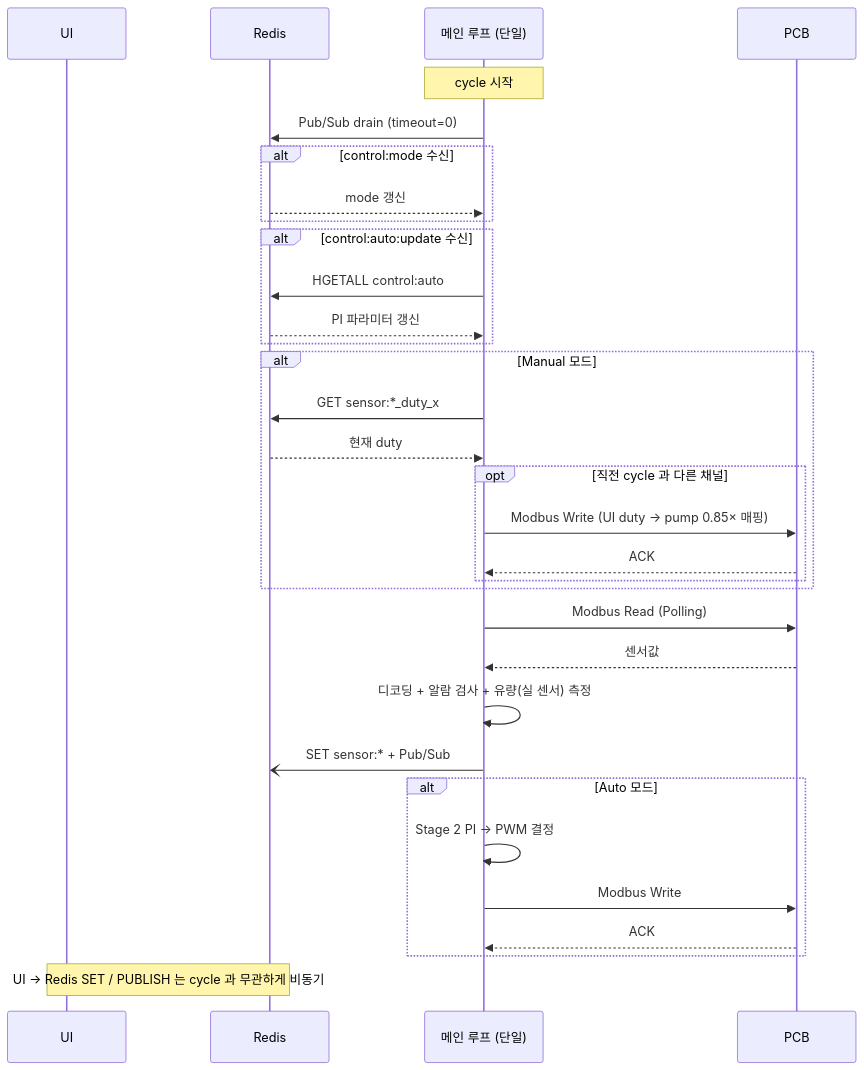
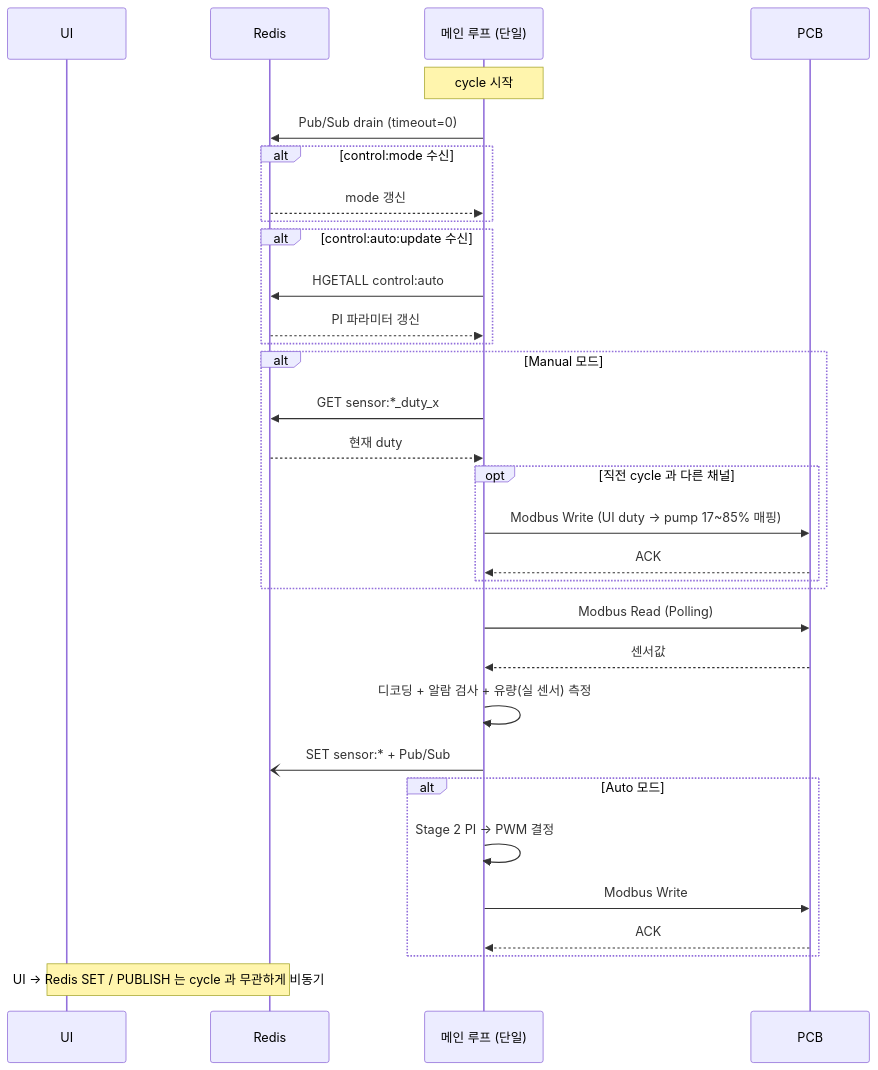
One commit to DEEPGadget/L2A_CDU_system changed the diagram in docs/MCG.md. Above: the diagram before and after it, drawn with Mermaid. The commit also changed other lines of this file and 17 other files, not shown here.

````diff
--- a/docs/MCG.md
+++ b/docs/MCG.md
@@ -137,39 +137,39 @@
 ```mermaid
 sequenceDiagram
     participant UI as UI
     participant Redis as Redis
     participant Main as 메인 루프 (단일)
     participant PCB as PCB
 
     Note over Main: cycle 시작
     Main->>Redis: Pub/Sub drain (timeout=0)
     alt control:mode 수신
         Redis-->>Main: mode 갱신
     end
     alt control:auto:update 수신
         Main->>Redis: HGETALL control:auto
         Redis-->>Main: PI 파라미터 갱신
     end
 
     alt Manual 모드
         Main->>Redis: GET sensor:*_duty_x
         Redis-->>Main: 현재 duty
         opt 직전 cycle 과 다른 채널
-            Main->>PCB: Modbus Write (UI duty → pump 0.85× 매핑)
+            Main->>PCB: Modbus Write (UI duty → pump 17~85% 매핑)
             PCB-->>Main: ACK
         end
     end
 
     Main->>PCB: Modbus Read (Polling)
     PCB-->>Main: 센서값
     Main->>Main: 디코딩 + 알람 검사 + 유량(실 센서) 측정
     Main-)Redis: SET sensor:* + Pub/Sub
 
     alt Auto 모드
         Main->>Main: Stage 2 PI → PWM 결정
         Main->>PCB: Modbus Write
         PCB-->>Main: ACK
     end
 
     Note over UI,Redis: UI → Redis SET / PUBLISH 는 cycle 과 무관하게 비동기
 ```
````
